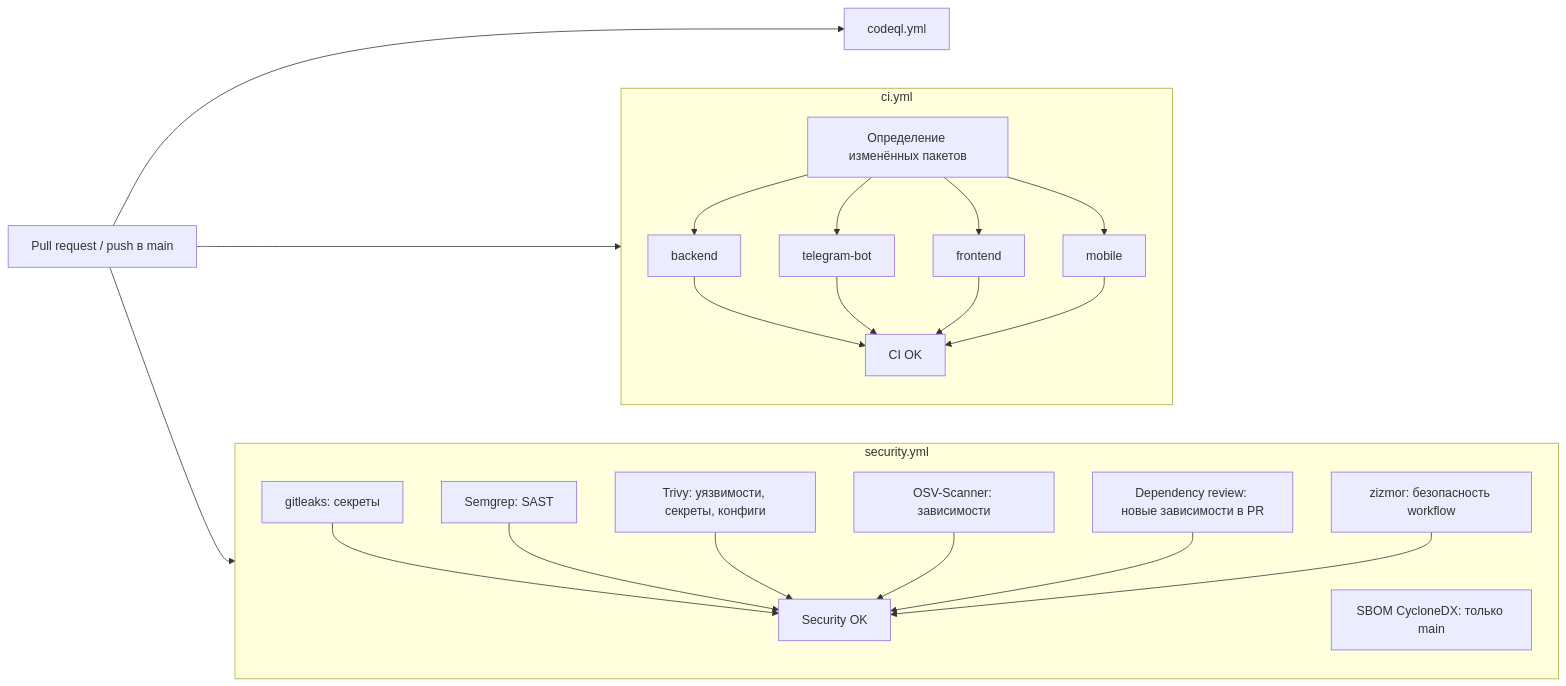
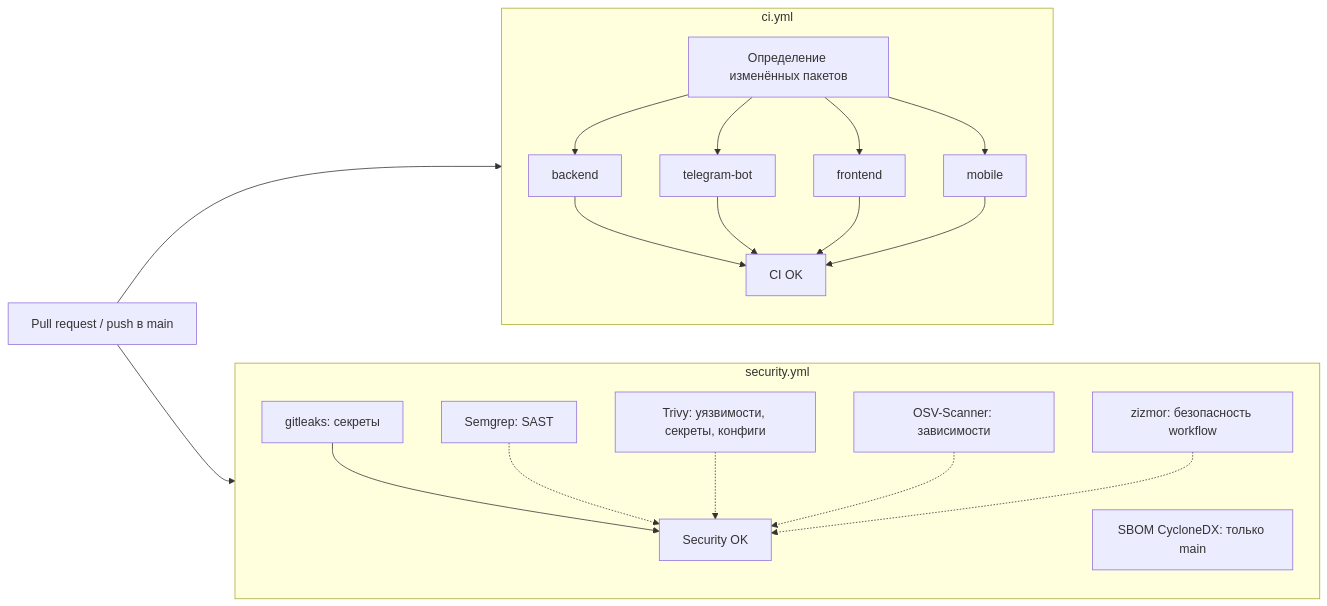
The sixth of 6 diagrams in README.md (Ivansups/Zeta), drawn with Mermaid before and after one commit. The commit also changed other lines of this file and 37 other files, not shown here.

````diff
--- a/README.md
+++ b/README.md
@@ -171,33 +171,30 @@
 ```mermaid
 graph LR
     PR[Pull request / push в main] --> CI
     PR --> SEC
-    PR --> CQ[codeql.yml]
 
     subgraph CI[ci.yml]
         CH[Определение изменённых пакетов] --> BE[backend]
         CH --> BOT[telegram-bot]
         CH --> FE[frontend]
         CH --> MO[mobile]
         BE --> OK[CI OK]
         BOT --> OK
         FE --> OK
         MO --> OK
     end
 
     subgraph SEC[security.yml]
         S1[gitleaks: секреты]
         S2[Semgrep: SAST]
         S3[Trivy: уязвимости, секреты, конфиги]
         S4[OSV-Scanner: зависимости]
-        S5[Dependency review: новые зависимости в PR]
         S6[zizmor: безопасность workflow]
         S7[SBOM CycloneDX: только main]
         S1 --> SOK[Security OK]
-        S2 --> SOK
-        S3 --> SOK
-        S4 --> SOK
-        S5 --> SOK
-        S6 --> SOK
+        S2 -.-> SOK
+        S3 -.-> SOK
+        S4 -.-> SOK
+        S6 -.-> SOK
     end
 ```
````
